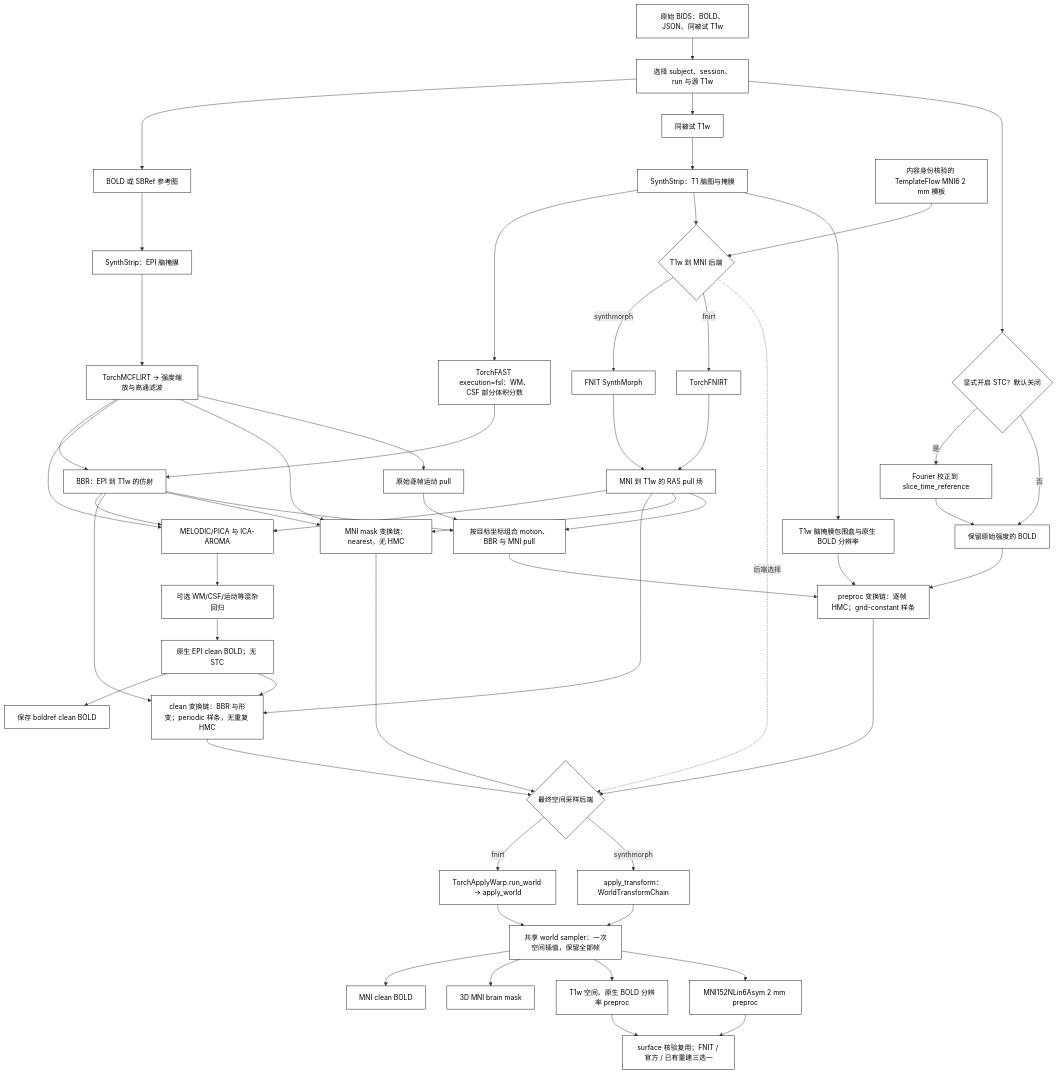
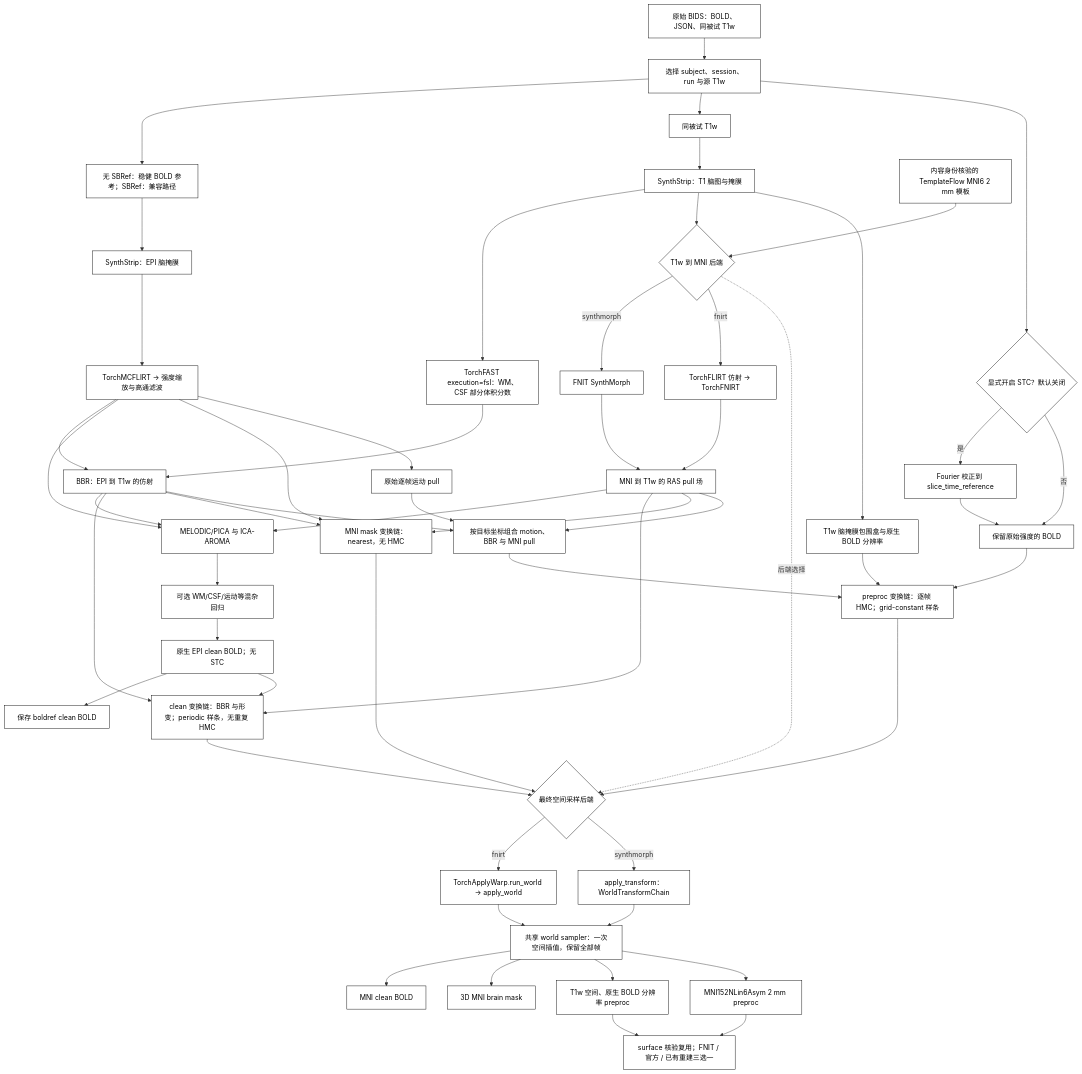
Before and after one commit to weikanggong1/Fudan-Neuroimaging-toolkit: the diagram in docs/fmri/README.md, drawn with Mermaid. The commit also changed other lines of this file and 214 other files, not shown here.

````diff
--- a/docs/fmri/README.md
+++ b/docs/fmri/README.md
@@ -17,50 +21,50 @@
 ```mermaid
 flowchart TD
     BIDS["原始 BIDS：BOLD、JSON、同被试 T1w"] --> SEL["选择 subject、session、run 与源 T1w"]
-    SEL --> EPI["BOLD 或 SBRef 参考图"]
+    SEL --> EPI["无 SBRef：稳健 BOLD 参考；SBRef：兼容路径"]
     SEL --> T1["同被试 T1w"]
     EPI --> MASK["SynthStrip：EPI 脑掩膜"] --> FEAT["TorchMCFLIRT → 强度缩放与高通滤波"]
     T1 --> BRAIN["SynthStrip：T1 脑图与掩膜"] --> FAST["TorchFAST execution=fsl：WM、CSF 部分体积分数"]
     FEAT --> BBR["BBR：EPI 到 T1w 的仿射"]
     FAST --> BBR
     BRAIN --> REG{"T1w 到 MNI 后端"}
     TEMPLATE["内容身份核验的 TemplateFlow MNI6 2 mm 模板"] --> REG
     REG -- synthmorph --> SM["FNIT SynthMorph"] --> XFM["MNI 到 T1w 的 RAS pull 场"]
-    REG -- fnirt --> FN["TorchFNIRT"] --> XFM
+    REG -- fnirt --> FN["TorchFLIRT 仿射 → TorchFNIRT"] --> XFM
     FEAT --> ICA["MELODIC/PICA 与 ICA-AROMA"]
     BBR --> ICA
     XFM --> ICA
     ICA --> CONF["可选 WM/CSF/运动等混杂回归"]
     CONF --> CLEAN["原生 EPI clean BOLD；无 STC"]
     CLEAN --> CNATIVE["保存 boldref clean BOLD"]
     CLEAN --> CMNI["clean 变换链：BBR 与形变；periodic 样条，无重复 HMC"]
     XFM --> CMNI
     BBR --> CMNI
     CMNI --> FINAL{"最终空间采样后端"}
     FEAT --> MASKCHAIN["MNI mask 变换链：nearest，无 HMC"] --> FINAL
     XFM --> MASKCHAIN
     BBR --> MASKCHAIN
     SEL --> STC{"显式开启 STC？默认关闭"}
     STC -- 是 --> FOURIER["Fourier 校正到 slice_time_reference"] --> MINIMAL["保留原始强度的 BOLD"]
     STC -- 否 --> MINIMAL
     FEAT --> MOTION["原始逐帧运动 pull"]
     MOTION --> COMPOSE["按目标坐标组合 motion、BBR 与 MNI pull"]
     BBR --> COMPOSE
     XFM --> COMPOSE
     COMPOSE --> SINGLE["preproc 变换链：逐帧 HMC；grid-constant 样条"]
     MINIMAL --> SINGLE
     SINGLE --> FINAL
     REG -. 后端选择 .-> FINAL
     FINAL -- fnirt --> AW["TorchApplyWarp.run_world → apply_world"]
     FINAL -- synthmorph --> SA["apply_transform：WorldTransformChain"]
     AW --> SHARED["共享 world sampler：一次空间插值，保留全部帧"]
     SA --> SHARED
     SHARED --> COUT["MNI clean BOLD"]
     SHARED --> MOUT["3D MNI brain mask"]
     SHARED --> PT1["T1w 空间、原生 BOLD 分辨率 preproc"]
     SHARED --> PMNI["MNI152NLin6Asym 2 mm preproc"]
     BRAIN --> REF["T1w 脑掩膜包围盒与原生 BOLD 分辨率"] --> SINGLE
     PT1 --> SURF["surface 核验复用；FNIT / 官方 / 已有重建三选一"]
     PMNI --> SURF
     classDef default fill:#ffffff,stroke:#000000,color:#000000;
 ```
````
